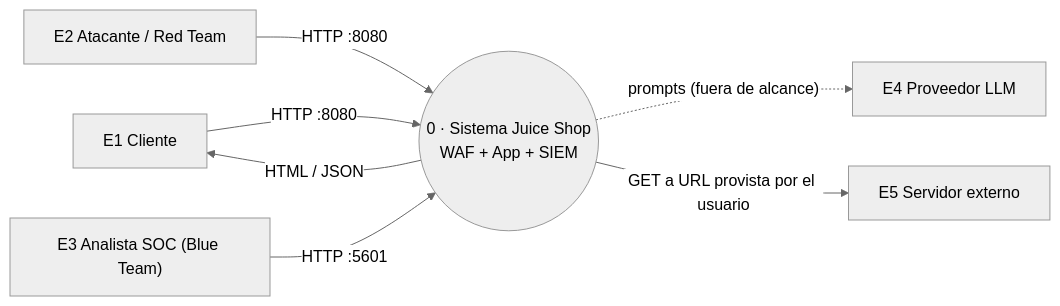
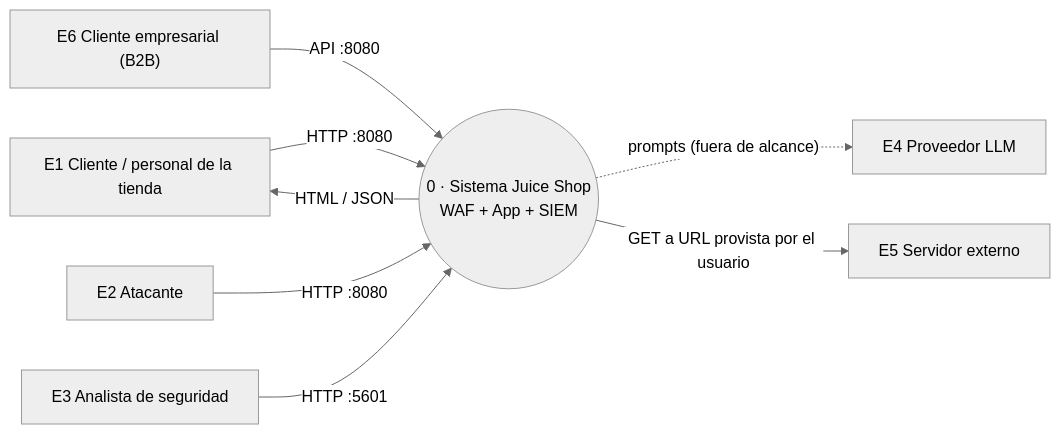
The first of 7 diagrams in docs/hito-1/blue-team-h1.md (josuemj/juice-shop), drawn with Mermaid (neutral theme) before and after one commit. The commit also changed other lines of this file, not shown here.

````diff
--- a/docs/hito-1/blue-team-h1.md
+++ b/docs/hito-1/blue-team-h1.md
@@ -184,9 +214,10 @@
 ```mermaid
 flowchart LR
-  E1["E1 Cliente"] -->|"HTTP :8080"| SYS(("0 · Sistema Juice Shop<br/>WAF + App + SIEM"))
-  E2["E2 Atacante / Red Team"] -->|"HTTP :8080"| SYS
+  E1["E1 Cliente / personal de la tienda"] -->|"HTTP :8080"| SYS(("0 · Sistema Juice Shop<br/>WAF + App + SIEM"))
+  E6["E6 Cliente empresarial (B2B)"] -->|"API :8080"| SYS
+  E2["E2 Atacante"] -->|"HTTP :8080"| SYS
   SYS -->|"HTML / JSON"| E1
-  E3["E3 Analista SOC (Blue Team)"] -->|"HTTP :5601"| SYS
+  E3["E3 Analista de seguridad"] -->|"HTTP :5601"| SYS
   SYS -.->|"prompts (fuera de alcance)"| E4["E4 Proveedor LLM"]
   SYS -->|"GET a URL provista por el usuario"| E5["E5 Servidor externo"]
 ```
````
